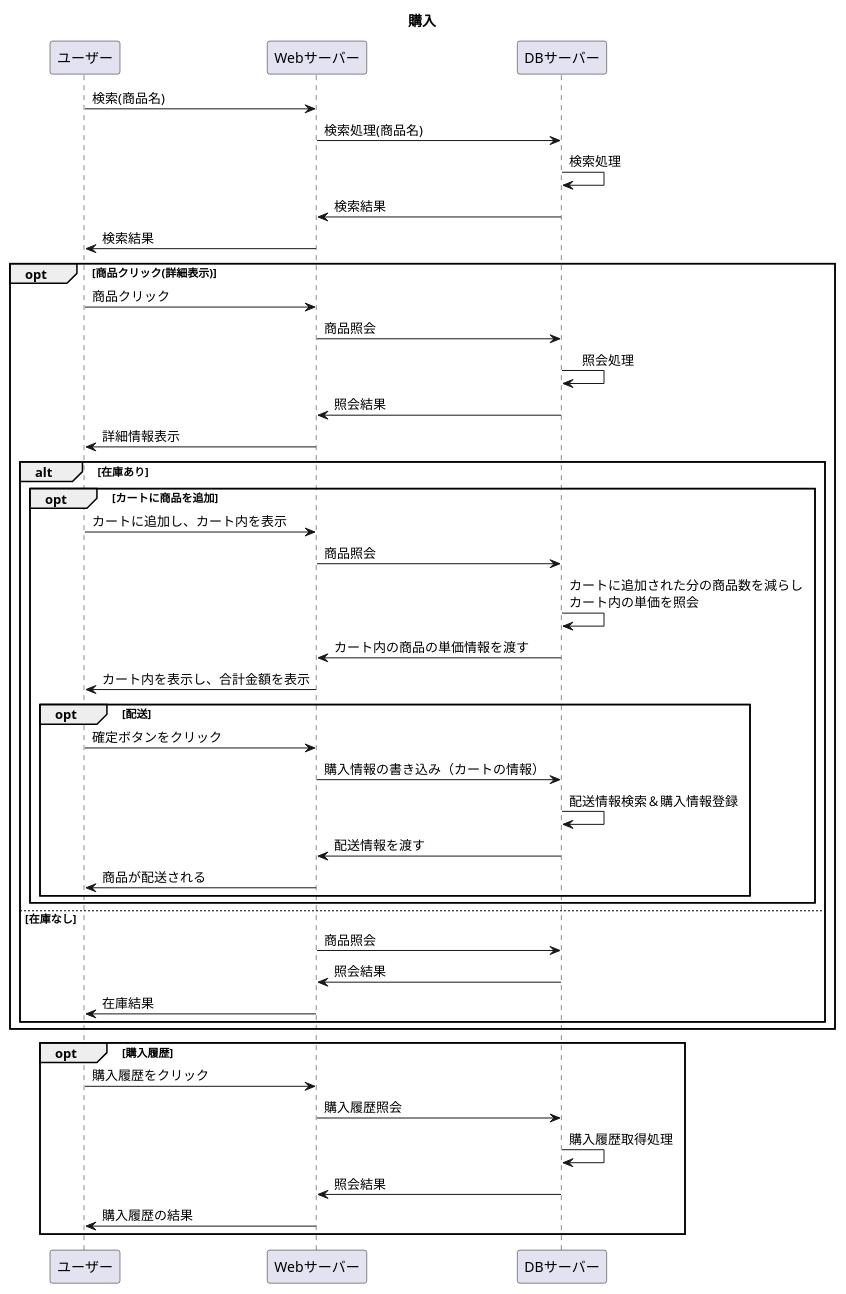
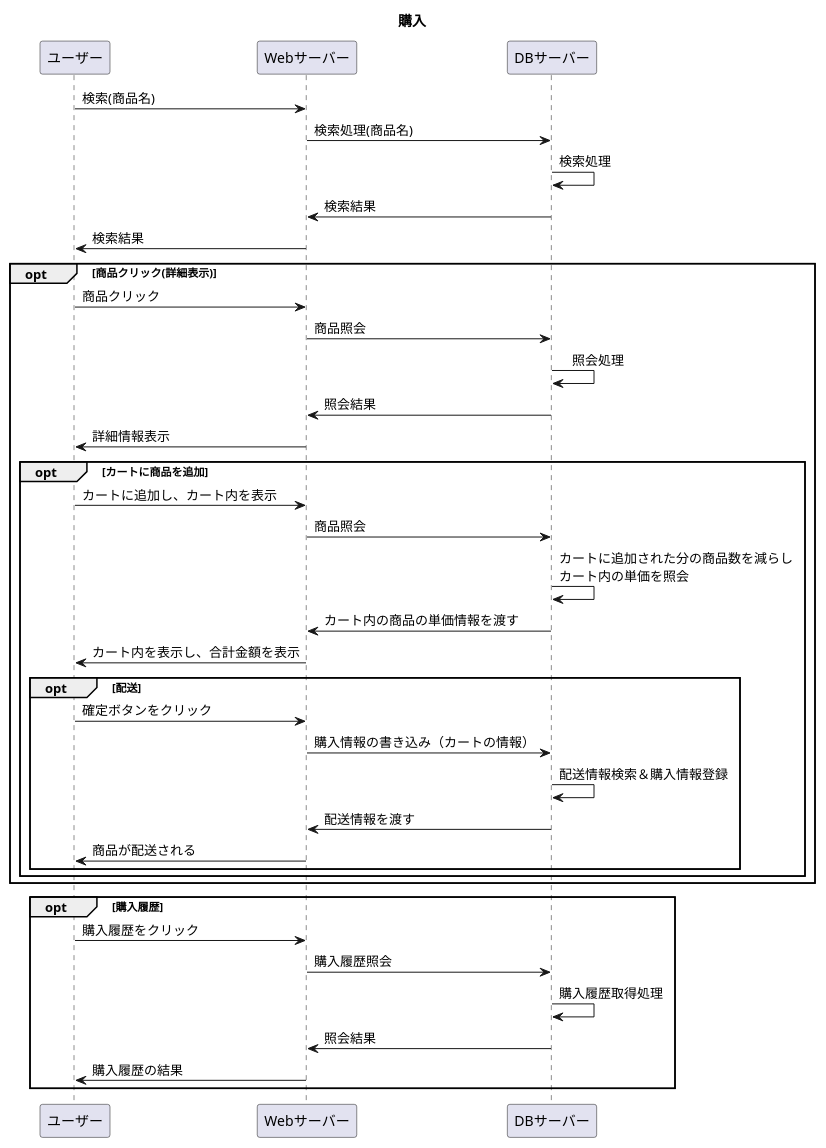
Before and after one commit to Aso2001227/Aso-Sports-1: the diagram in 設計書/02_業務フロー/business-flow.md, drawn with PlantUML.

`````diff
--- a/設計書/02_業務フロー/business-flow.md
+++ b/設計書/02_業務フロー/business-flow.md
@@ -1,49 +1,43 @@
 ```uml
 @startuml
     title: 購入
     ユーザー -> Webサーバー : 検索(商品名)
     Webサーバー -> DBサーバー : 検索処理(商品名)
     DBサーバー -> DBサーバー : 検索処理
     DBサーバー -> Webサーバー : 検索結果
     Webサーバー -> ユーザー : 検索結果
     opt 商品クリック(詳細表示)
       ユーザー -> Webサーバー : 商品クリック
       Webサーバー -> DBサーバー : 商品照会
       DBサーバー -> DBサーバー : 　照会処理
       DBサーバー -> Webサーバー : 照会結果
       Webサーバー -> ユーザー : 詳細情報表示
-      alt 在庫あり
         opt カートに商品を追加
           ユーザー -> Webサーバー : カートに追加し、カート内を表示
           Webサーバー -> DBサーバー : 商品照会
           DBサーバー -> DBサーバー : カートに追加された分の商品数を減らし\nカート内の単価を照会
           DBサーバー -> Webサーバー :カート内の商品の単価情報を渡す
           Webサーバー -> ユーザー:カート内を表示し、合計金額を表示
           opt 配送
             ユーザー -> Webサーバー : 確定ボタンをクリック
             Webサーバー -> DBサーバー :購入情報の書き込み（カートの情報）
             DBサーバー -> DBサーバー : 配送情報検索＆購入情報登録
             DBサーバー -> Webサーバー :配送情報を渡す
             Webサーバー -> ユーザー:商品が配送される
         end
       end
-else 在庫なし
-Webサーバー -> DBサーバー : 商品照会
-DBサーバー -> Webサーバー : 照会結果
-Webサーバー -> ユーザー : 在庫結果
-end
 end
 opt 購入履歴
 ユーザー ->Webサーバー :購入履歴をクリック
 Webサーバー -> DBサーバー :購入履歴照会
 DBサーバー -> DBサーバー : 購入履歴取得処理
 DBサーバー -> Webサーバー :照会結果
 Webサーバー -> ユーザー :購入履歴の結果
 end
 
 
 
 
 
 @enduml
 ````
`````
